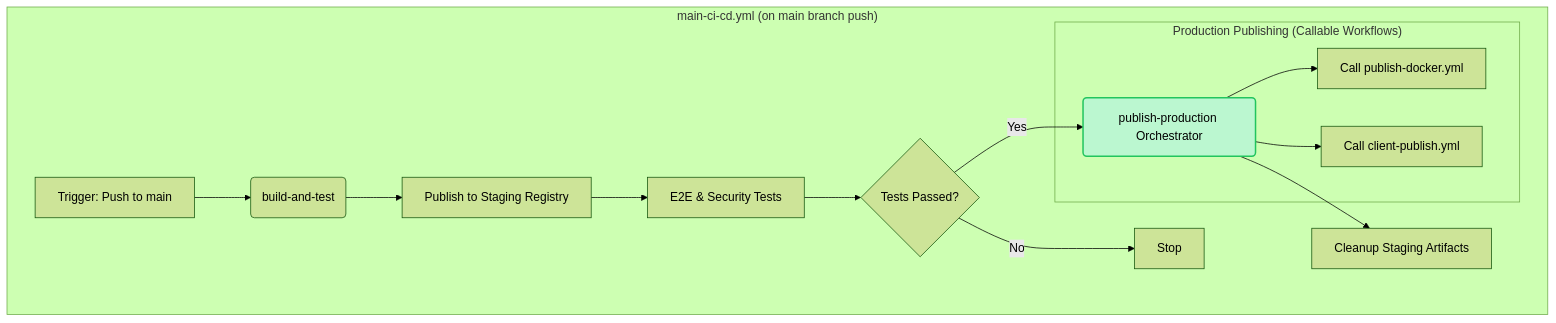
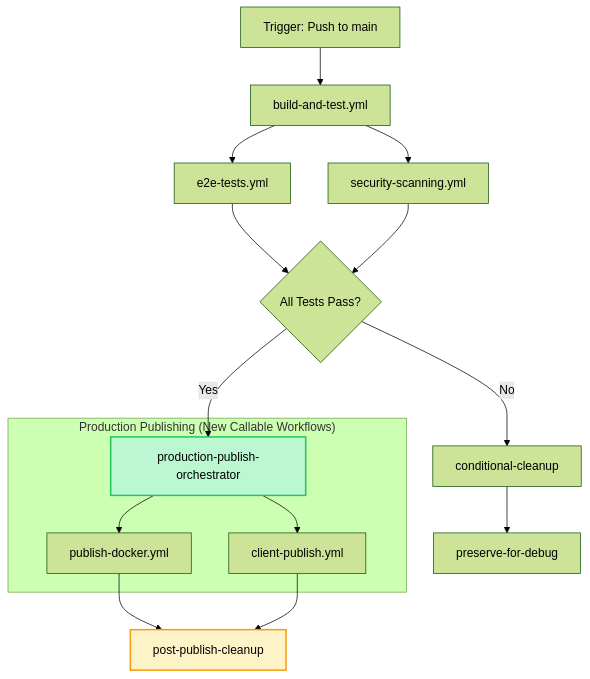
Before and after one commit to hitoshura25/mpo-api-authn-server: the first of 2 diagrams in docs/improvements/planned/consolidated-ci-publishing.md, drawn with Mermaid (forest theme). The commit also changed other lines of this file and 4 other files, not shown here.

````diff
--- a/docs/improvements/planned/consolidated-ci-publishing.md
+++ b/docs/improvements/planned/consolidated-ci-publishing.md
@@ -39,21 +207,24 @@
 ```mermaid
-graph TD
-    subgraph "main-ci-cd.yml (on main branch push)"
-        A[Trigger: Push to main] --> B(build-and-test);
-        B --> B_Stage[Publish to Staging Registry];
-        B_Stage --> C_Test[E2E & Security Tests];
-        
-        C_Test --> D{Tests Passed?};
-        D -- Yes --> E_Orchestrator(publish-production Orchestrator);
-        D -- No --> F[Stop];
-        
-        subgraph "Production Publishing (Callable Workflows)"
-            E_Orchestrator --> E1[Call publish-docker.yml];
-            E_Orchestrator --> E2[Call client-publish.yml];
-        end
-
-        E_Orchestrator --> G[Cleanup Staging Artifacts];
+flowchart TD
+    A[Trigger: Push to main] --> B[build-and-test.yml]
+    B --> C[e2e-tests.yml]
+    B --> D[security-scanning.yml]
+    
+    C --> E{All Tests Pass?}
+    D --> E
+    
+    E -->|Yes| F[production-publish-orchestrator]
+    E -->|No| G[conditional-cleanup]
+    
+    subgraph "Production Publishing (New Callable Workflows)"
+        F --> H[publish-docker.yml]
+        F --> I[client-publish.yml]
     end
-
-    style E_Orchestrator fill:#bbf7d0,stroke:#22c55e,stroke-width:2px
+    
+    H --> J[post-publish-cleanup]
+    I --> J
+    G --> K[preserve-for-debug]
+    
+    style F fill:#bbf7d0,stroke:#22c55e,stroke-width:2px
+    style J fill:#fef3c7,stroke:#f59e0b,stroke-width:2px
 ```
````
